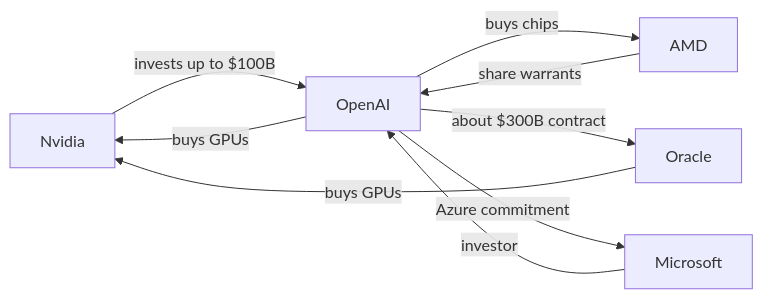
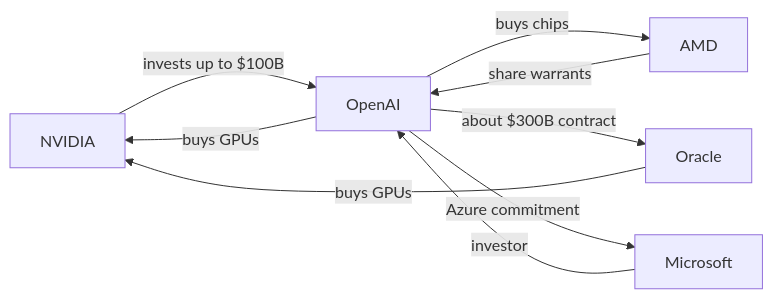
The fifth of 9 diagrams in ai-book/chapters/60-work-economy-debates.md (mcichael1-eng/Leash-Holder-2), drawn with Mermaid before and after one commit. The commit also changed other lines of this file and 73 other files, not shown here.

````diff
--- a/ai-book/chapters/60-work-economy-debates.md
+++ b/ai-book/chapters/60-work-economy-debates.md
@@ -283,11 +283,11 @@
 ```mermaid
 flowchart LR
-    NV["Nvidia"] -- "invests up to $100B" --> OA["OpenAI"]
+    NV["NVIDIA"] -- "invests up to $100B" --> OA["OpenAI"]
     OA -- "buys GPUs" --> NV
     AMD["AMD"] -- "share warrants" --> OA
     OA -- "buys chips" --> AMD
     OA -- "about $300B contract" --> OR["Oracle"]
     OR -- "buys GPUs" --> NV
     MS["Microsoft"] -- "investor" --> OA
     OA -- "Azure commitment" --> MS
 ```
````
